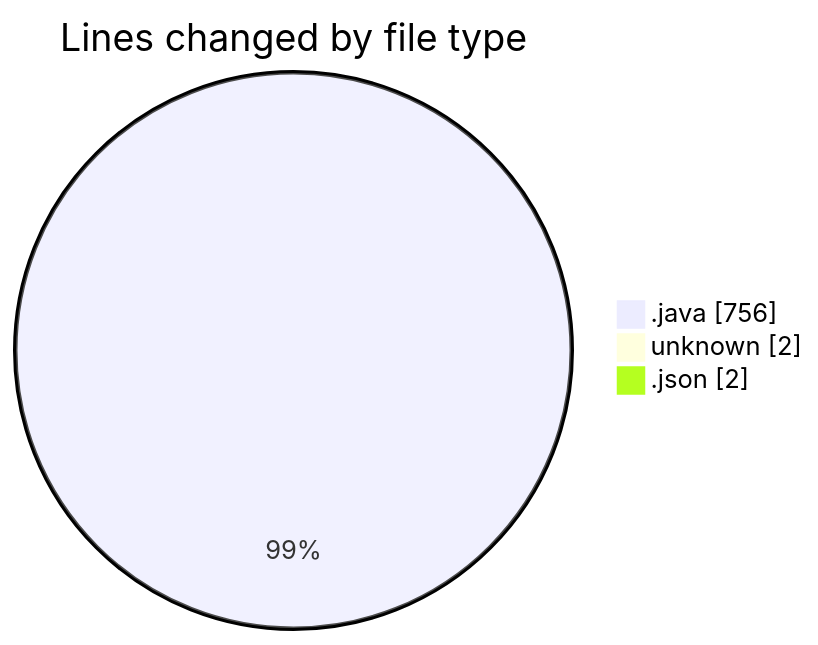
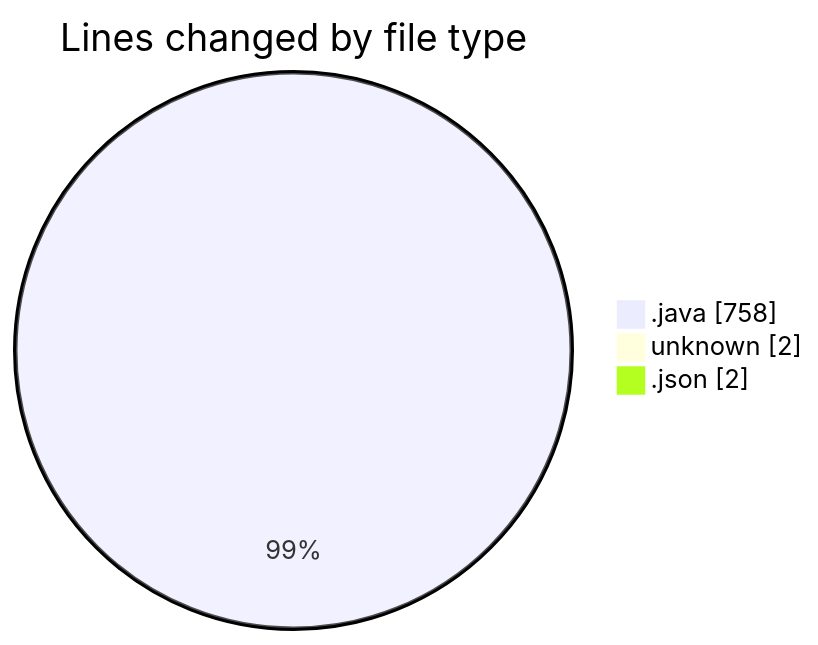
One commit to ricardozamudiocil/code-tracking changed the first of 2 diagrams in 2026-04-10/cilapp/README.md. Above: the diagram before and after it, drawn with Mermaid. The commit also changed other lines of this file and 1 other file, not shown here.

````diff
--- a/2026-04-10/cilapp/README.md
+++ b/2026-04-10/cilapp/README.md
@@ -28,7 +28,7 @@
 ```mermaid
 pie showData
 title Lines changed by file type
-".java" : 756
+".java" : 758
 "unknown" : 2
 ".json" : 2
 ```
````
